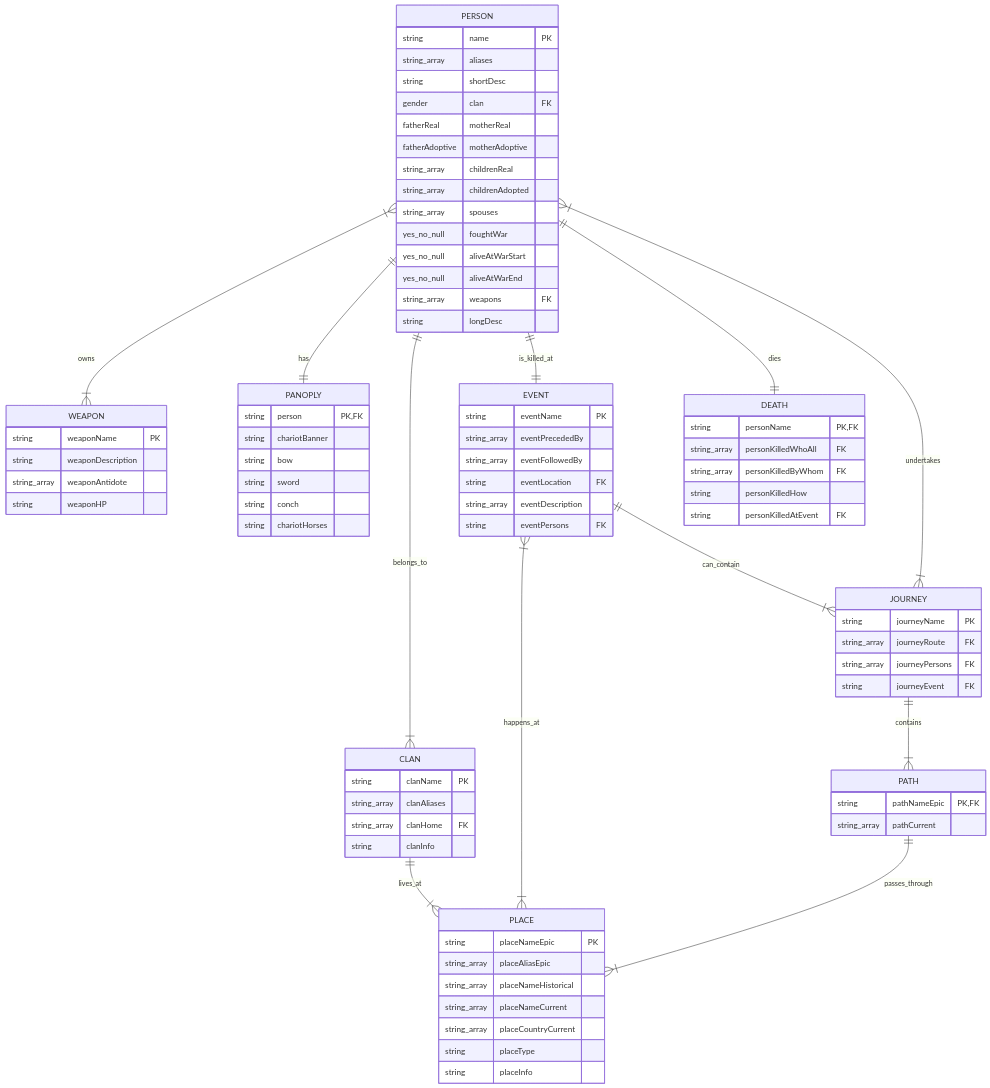
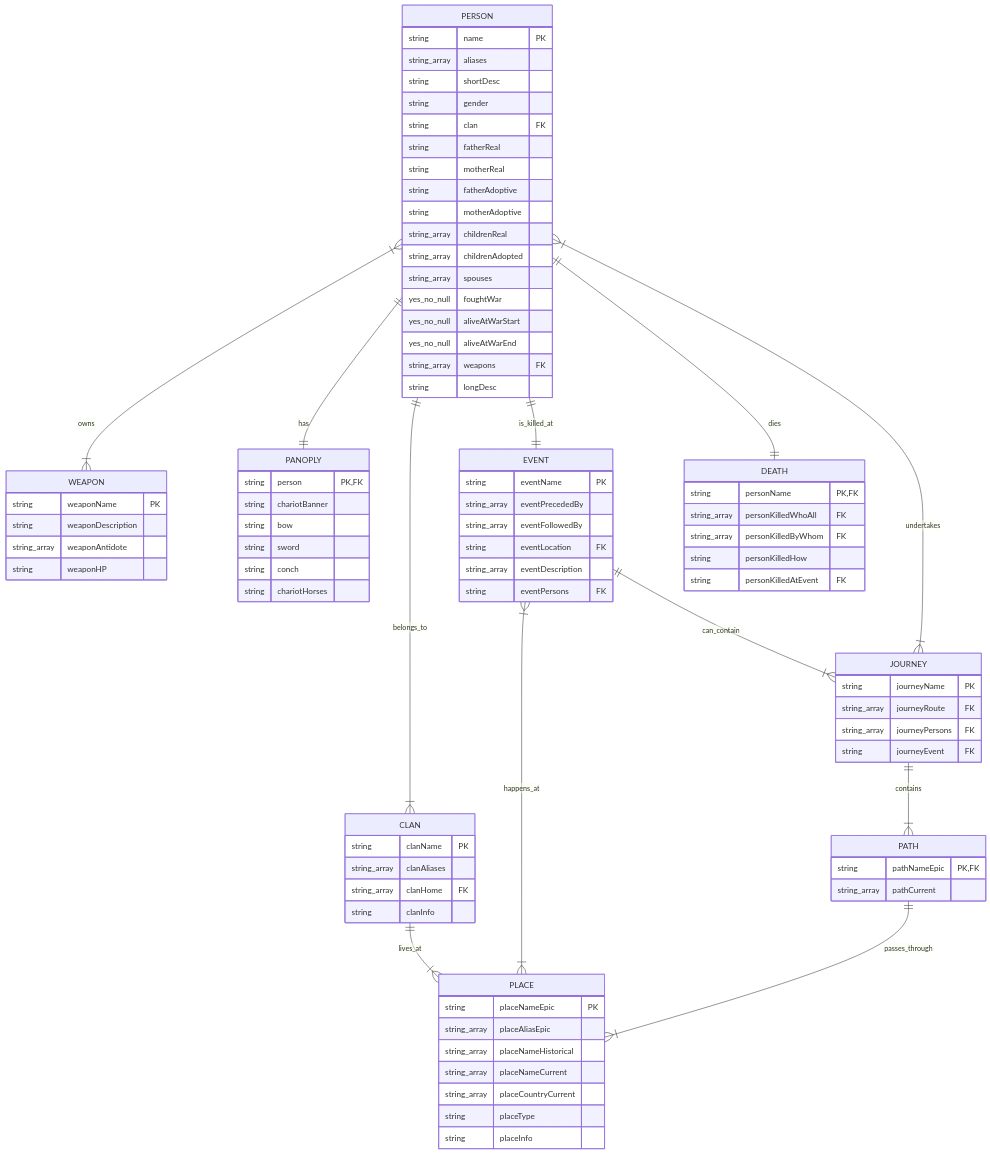
One commit to AninditaBasu/indica changed the diagram in topics/about_mb.md. Above: the diagram before and after it, drawn with Mermaid. The commit also changed 2 other files, not shown here.

```diff
--- a/topics/about_mb.md
+++ b/topics/about_mb.md
@@ -24,12 +24,12 @@
         string name PK
         string_array aliases
         string shortDesc
-		gender
-		clan FK
-		fatherReal
-		motherReal
-		fatherAdoptive
-		motherAdoptive
+		string gender
+		string clan FK
+		string fatherReal
+		string motherReal
+		string fatherAdoptive
+		string motherAdoptive
 		string_array childrenReal
 		string_array childrenAdopted
 		string_array spouses
```
